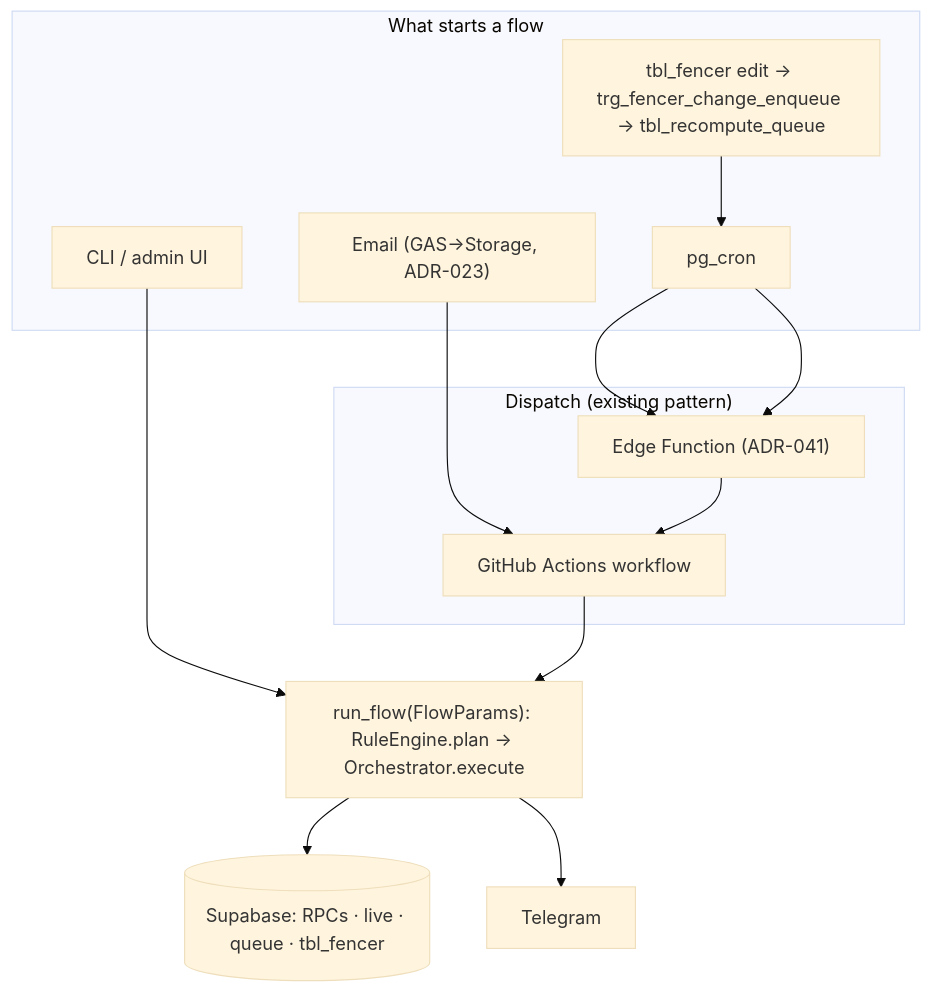
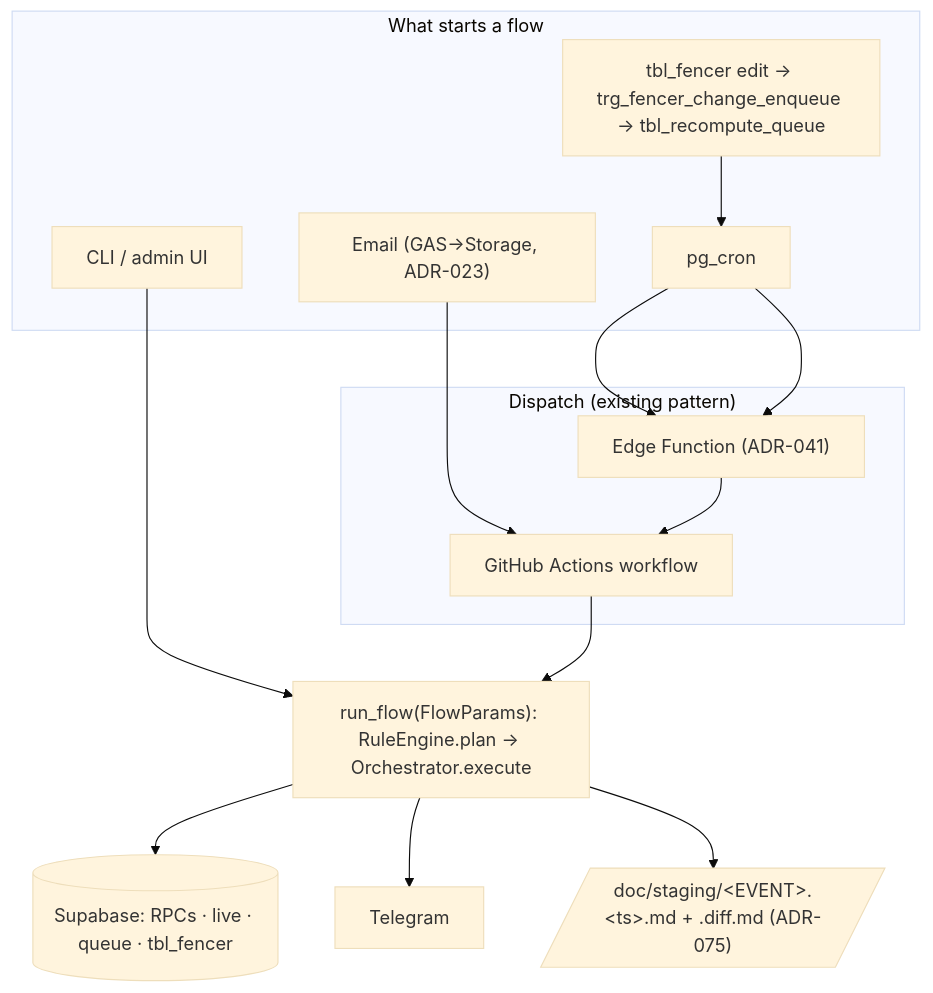
One commit to Fencer4Life/spws-automated-ranklist changed the third of 3 diagrams in doc/ingestion_pipeline_NEW_design.md. Above: the diagram before and after it, drawn with Mermaid (base theme). The commit also changed other lines of this file and 21 other files, not shown here.

First line of the commit message:
feat(pipeline): staging report as first-class plugin output (ADR-075, Step E)

````diff
--- a/doc/ingestion_pipeline_NEW_design.md
+++ b/doc/ingestion_pipeline_NEW_design.md
@@ -606,14 +667,15 @@
 ```mermaid
 flowchart TB
     subgraph TRIG["What starts a flow"]
         CLI["CLI / admin UI"]; EMAIL["Email (GAS→Storage, ADR-023)"]
         EDIT["tbl_fencer edit → trg_fencer_change_enqueue → tbl_recompute_queue"]; CRON["pg_cron"]
     end
     subgraph DISP["Dispatch (existing pattern)"]
         EDGE["Edge Function (ADR-041)"]; GHA["GitHub Actions workflow"]
     end
     RF["run_flow(FlowParams): RuleEngine.plan → Orchestrator.execute"]
     DBX[("Supabase: RPCs · live · queue · tbl_fencer")]; TG["Telegram"]
+    STG[/"doc/staging/&lt;EVENT&gt;.&lt;ts&gt;.md + .diff.md (ADR-075)"/]
     CLI-->RF; EMAIL-->GHA-->RF; EDIT-->CRON-->EDGE-->GHA; CRON-->EDGE
-    RF-->DBX; RF-->TG
+    RF-->DBX; RF-->TG; RF-->STG
 ```
````
